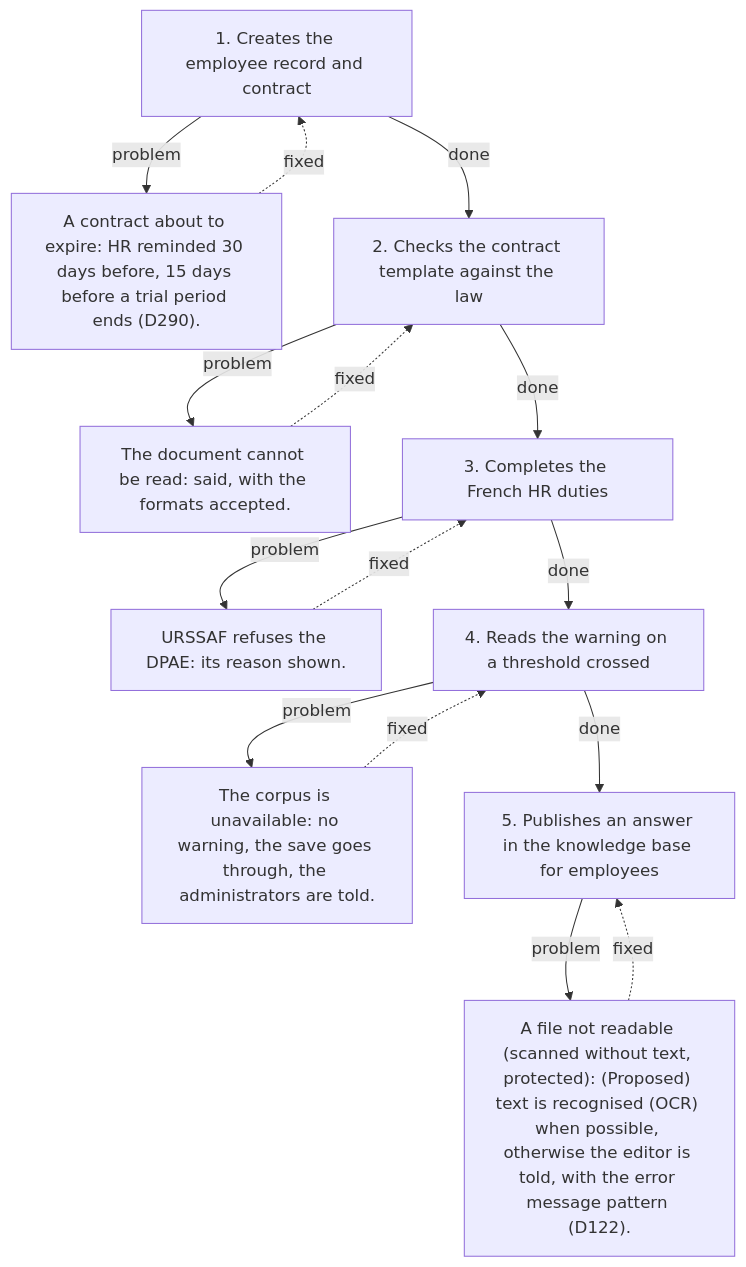
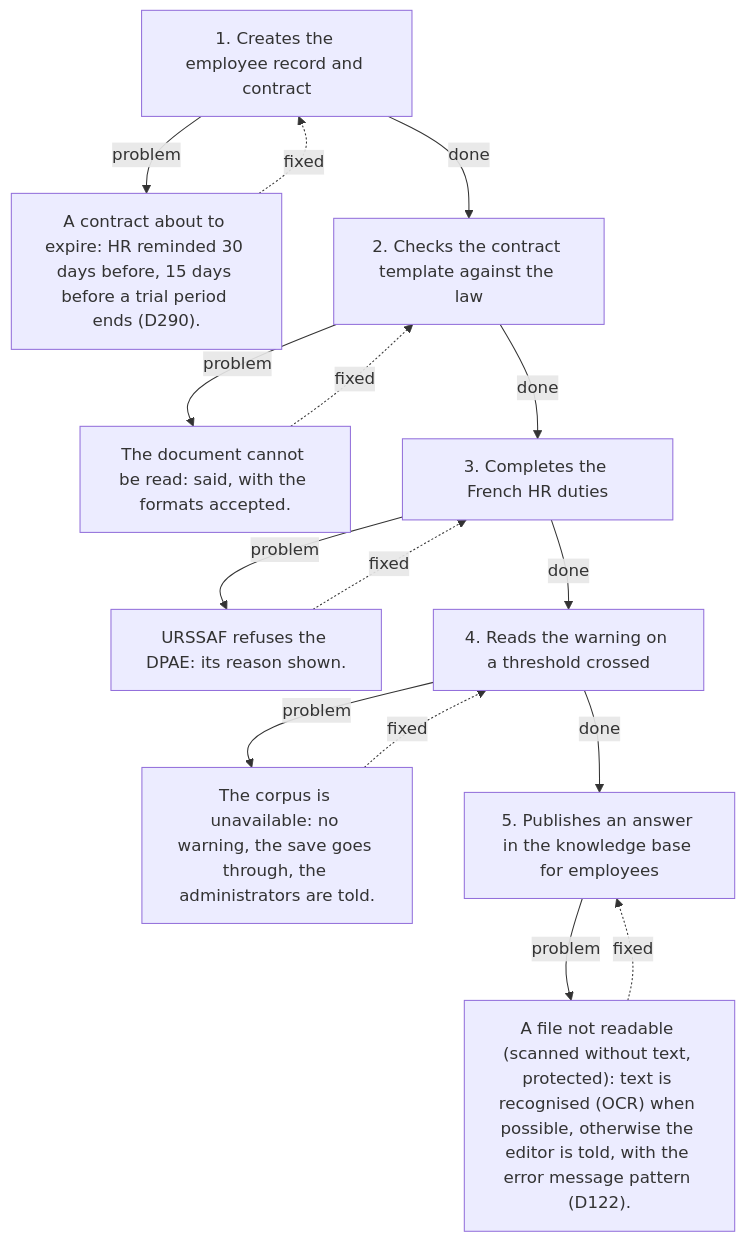
The second of 2 diagrams in docs/specs/04-ux/views/u06-hr/journeys/j-u06-01-keep-employee-records-compliant.md (gpbcom/SimpleERP), drawn with Mermaid before and after one commit. The commit also changed other lines of this file and 8816 other files, not shown here.

````diff
--- a/docs/specs/04-ux/views/u06-hr/journeys/j-u06-01-keep-employee-records-compliant.md
+++ b/docs/specs/04-ux/views/u06-hr/journeys/j-u06-01-keep-employee-records-compliant.md
@@ -42,22 +42,22 @@
 ```mermaid
 flowchart TD
   S1["1. Creates the employee record and contract"]
   S1 -- problem --> E1["A contract about to expire: HR reminded 30 days before, 15 days before a trial period ends (D290)."]
   E1 -. fixed .-> S1
   S2["2. Checks the contract template against the law"]
   S2 -- problem --> E2["The document cannot be read: said, with the formats accepted."]
   E2 -. fixed .-> S2
   S1 -- done --> S2
   S3["3. Completes the French HR duties"]
   S3 -- problem --> E3["URSSAF refuses the DPAE: its reason shown."]
   E3 -. fixed .-> S3
   S2 -- done --> S3
   S4["4. Reads the warning on a threshold crossed"]
   S4 -- problem --> E4["The corpus is unavailable: no warning, the save goes through, the administrators are told."]
   E4 -. fixed .-> S4
   S3 -- done --> S4
   S5["5. Publishes an answer in the knowledge base for employees"]
-  S5 -- problem --> E5["A file not readable (scanned without text, protected): (Proposed) text is recognised (OCR) when possible, otherwise the editor is told, with the error message pattern (D122)."]
+  S5 -- problem --> E5["A file not readable (scanned without text, protected): text is recognised (OCR) when possible, otherwise the editor is told, with the error message pattern (D122)."]
   E5 -. fixed .-> S5
   S4 -- done --> S5
 ```
````
